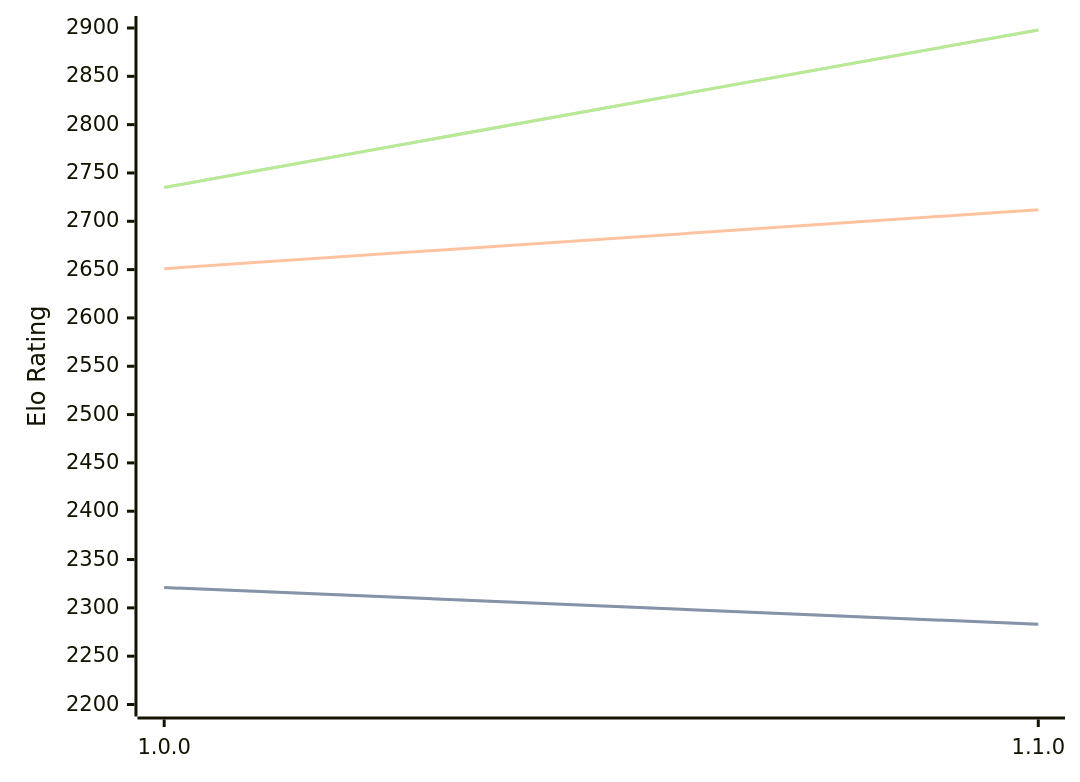
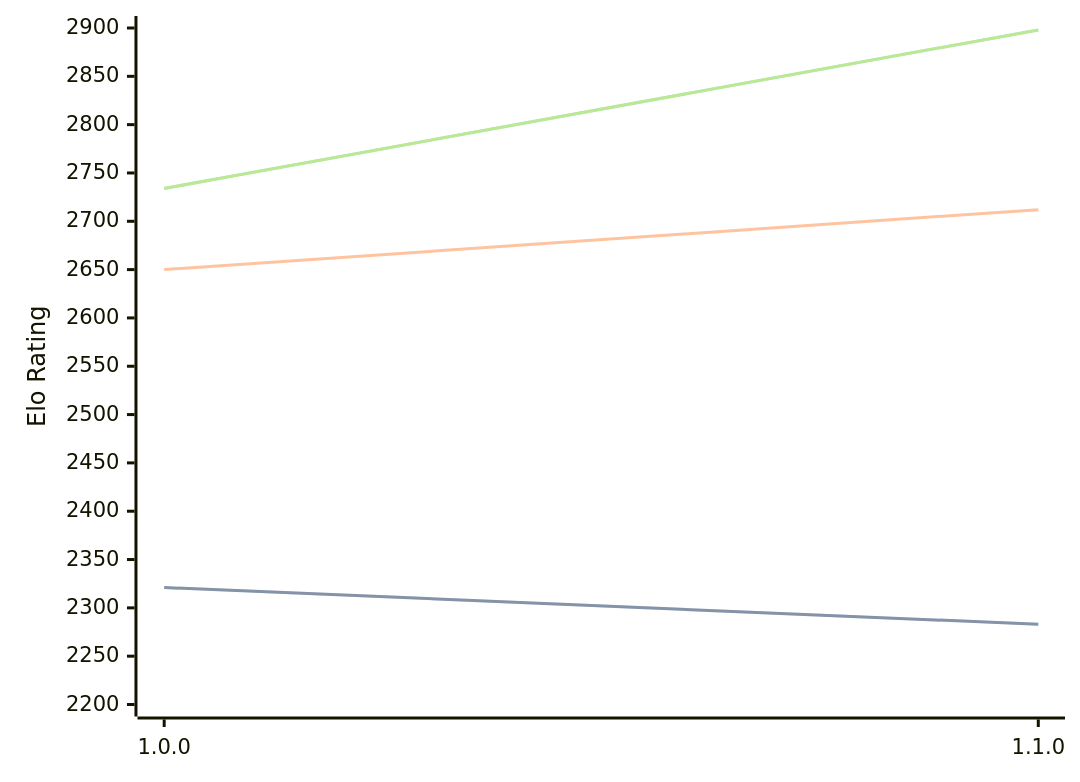
Before and after one commit to computer-chess-index/cci: the third of 3 diagrams in engines/ShallowGuess.md, drawn with Mermaid. The commit also changed other lines of this file, not shown here.

Commit message:
Update CCI Ratings (ELO VLTC) - 2026-07-10

````diff
--- a/engines/ShallowGuess.md
+++ b/engines/ShallowGuess.md
@@ -69,11 +69,11 @@
 ```mermaid
 %%{init: {"theme":"base","themeVariables":{"seriesColors:['#a3a3a3','#222221','#faa371']}}}%%
 xychart-beta
   x-axis ["1.0.0", "1.1.0"]
   y-axis "Elo Rating" 2200 --> 2900
   line "STC (8.0+0.08s)" [2321, 2283]
   line "STC (8.0+0.08s)" [2321, 2283]
-  line "LTC (60.0+0.60s)" [2651, 2712]
-  line "VLTC (2m24s+1.12s)" [2735, 2898]
-  line "VLTC (2m24s+1.12s)" [2735, 2898]
+  line "LTC (60.0+0.60s)" [2650, 2712]
+  line "VLTC (2m24s+1.12s)" [2734, 2898]
+  line "VLTC (2m24s+1.12s)" [2734, 2898]
 ```
````
